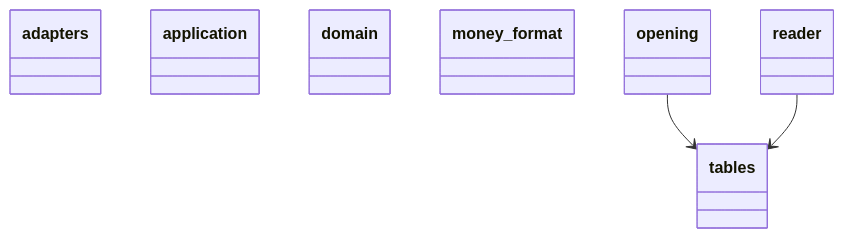
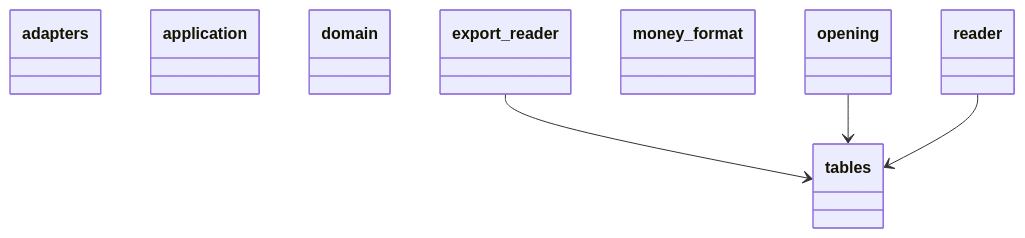
The first of 2 diagrams in docs/architecture/generated/classes/money_format.md (GonzaloZevallos/apostrophe), drawn with Mermaid before and after one commit. The commit also changed other lines of this file and 1 other file, not shown here.

Commit message:
Refresh the generated architecture docs for the export's money format reader

````diff
--- a/docs/architecture/generated/classes/money_format.md
+++ b/docs/architecture/generated/classes/money_format.md
@@ -7,19 +7,22 @@
 ```mermaid
 classDiagram
   class adapters {
   }
   class application {
   }
   class domain {
+  }
+  class export_reader {
   }
   class money_format {
   }
   class opening {
   }
   class reader {
   }
   class tables {
   }
+  export_reader --> tables
   opening --> tables
   reader --> tables
 ```
````
